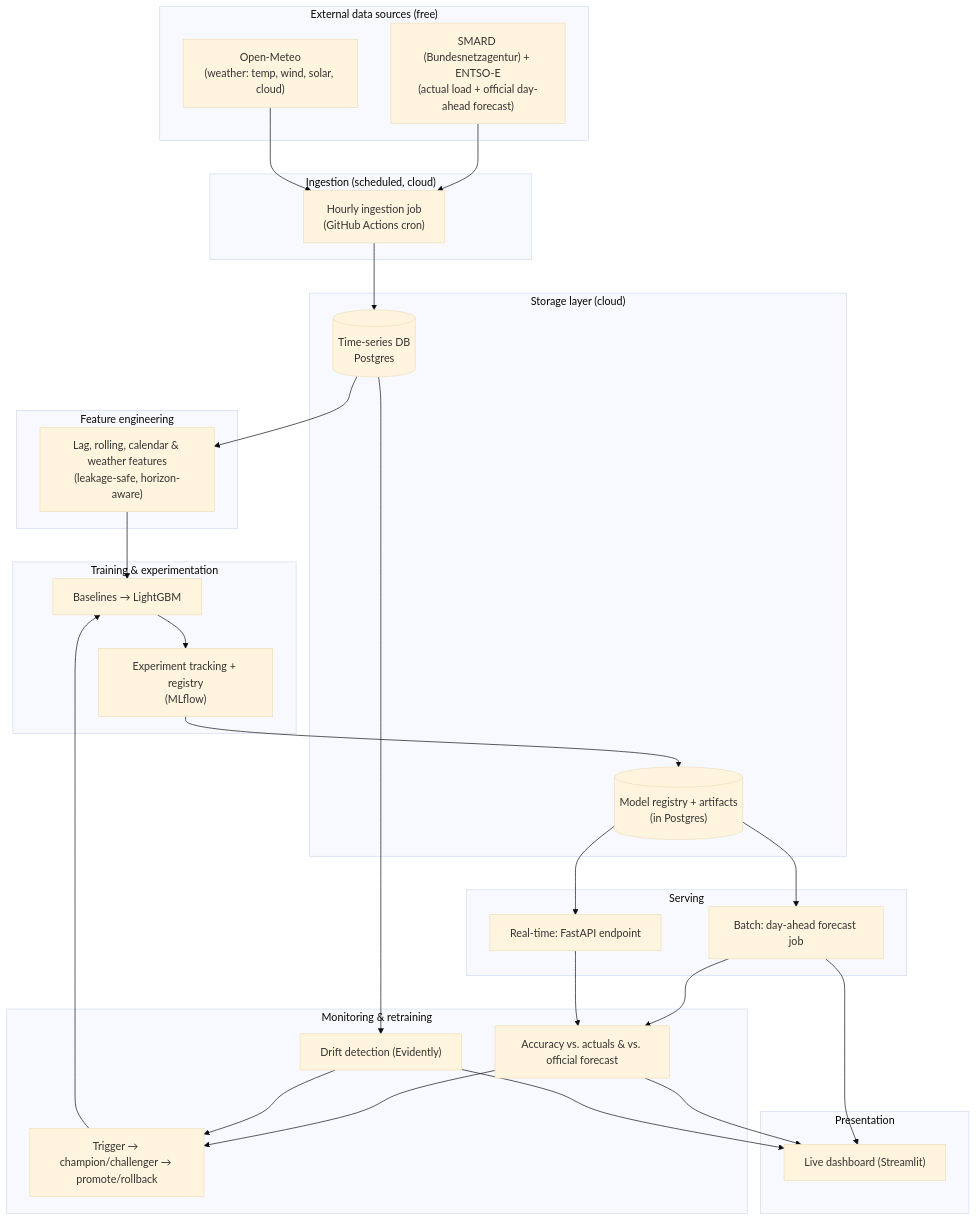
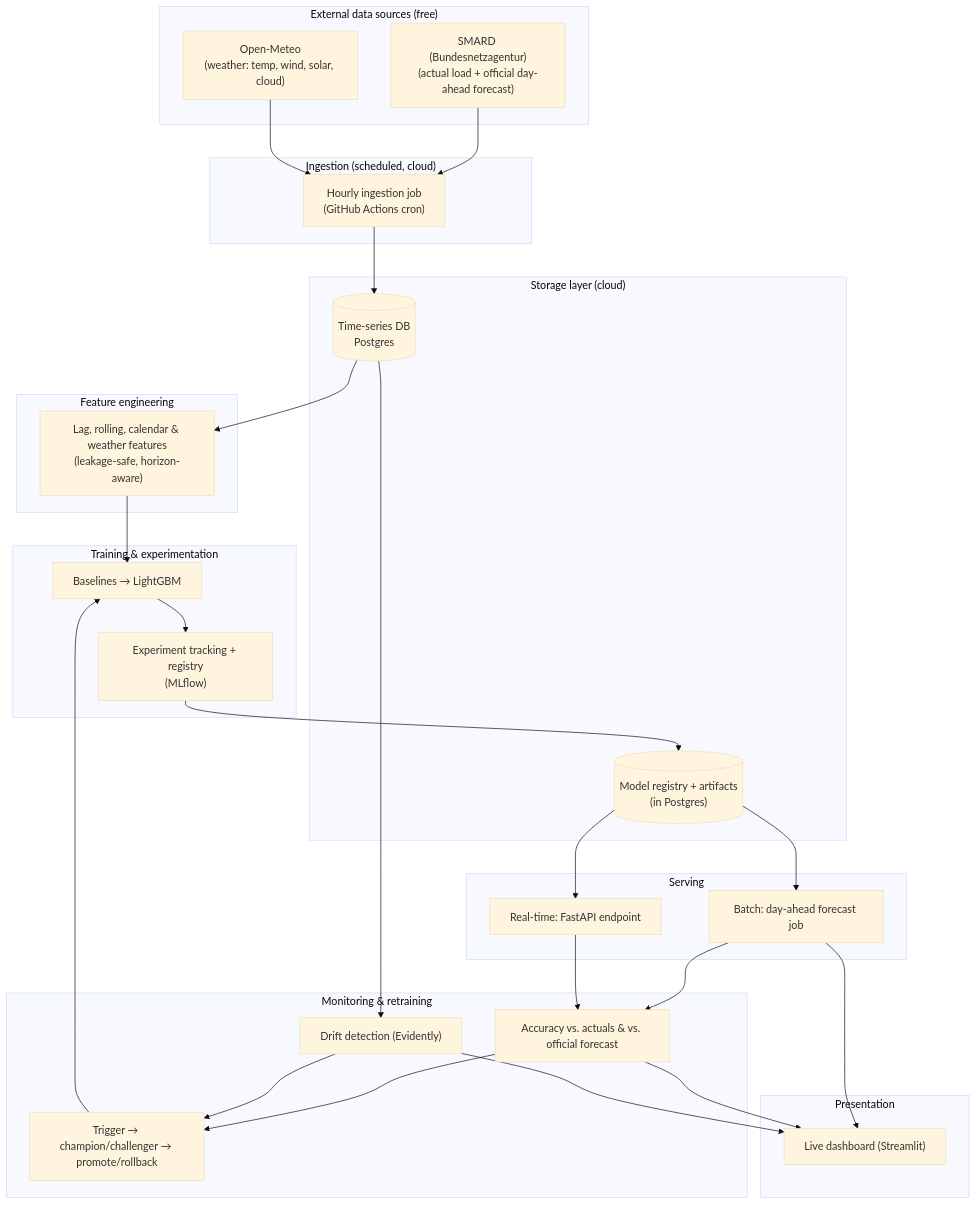
The diagram in README.md (laabidi-ahmed-ai/germany-electricity-load-forecasting-mlops), drawn with Mermaid (base theme) before and after one commit. The commit also changed other lines of this file and 27 other files, not shown here.

````diff
--- a/README.md
+++ b/README.md
@@ -75,59 +75,59 @@
 ```mermaid
 flowchart TD
     subgraph Sources["External data sources (free)"]
-        A1["SMARD (Bundesnetzagentur) + ENTSO-E<br/>(actual load + official day-ahead forecast)"]
+        A1["SMARD (Bundesnetzagentur)<br/>(actual load + official day-ahead forecast)"]
         A2["Open-Meteo<br/>(weather: temp, wind, solar, cloud)"]
     end
 
     subgraph Ingestion["Ingestion (scheduled, cloud)"]
         B1["Hourly ingestion job<br/>(GitHub Actions cron)"]
     end
 
     subgraph Storage["Storage layer (cloud)"]
         C1[("Time-series DB<br/>Postgres")]
         C2[("Model registry + artifacts<br/>(in Postgres)")]
     end
 
     subgraph Features["Feature engineering"]
         D1["Lag, rolling, calendar & weather features<br/>(leakage-safe, horizon-aware)"]
     end
 
     subgraph Training["Training & experimentation"]
         E1["Baselines → LightGBM"]
         E2["Experiment tracking + registry<br/>(MLflow)"]
     end
 
     subgraph Serving["Serving"]
         F1["Batch: day-ahead forecast job"]
         F2["Real-time: FastAPI endpoint"]
     end
 
     subgraph Ops["Monitoring & retraining"]
         G1["Accuracy vs. actuals & vs. official forecast"]
         G2["Drift detection (Evidently)"]
         G3["Trigger → champion/challenger → promote/rollback"]
     end
 
     subgraph UI["Presentation"]
         H1["Live dashboard (Streamlit)"]
     end
 
     A1 --> B1
     A2 --> B1
     B1 --> C1
     C1 --> D1
     D1 --> E1
     E1 --> E2
     E2 --> C2
     C2 --> F1
     C2 --> F2
     F1 --> G1
     F2 --> G1
     C1 --> G2
     G1 --> G3
     G2 --> G3
     G3 --> E1
     G1 --> H1
     G2 --> H1
     F1 --> H1
 ```
````
